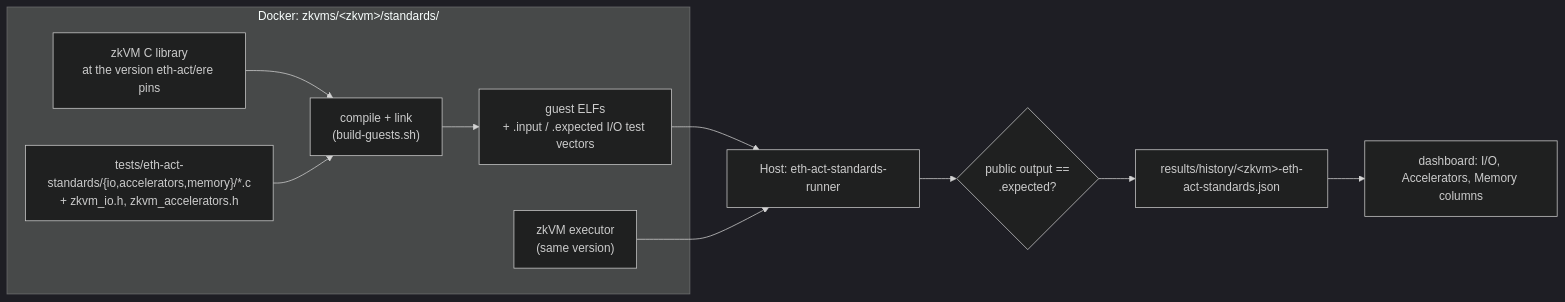
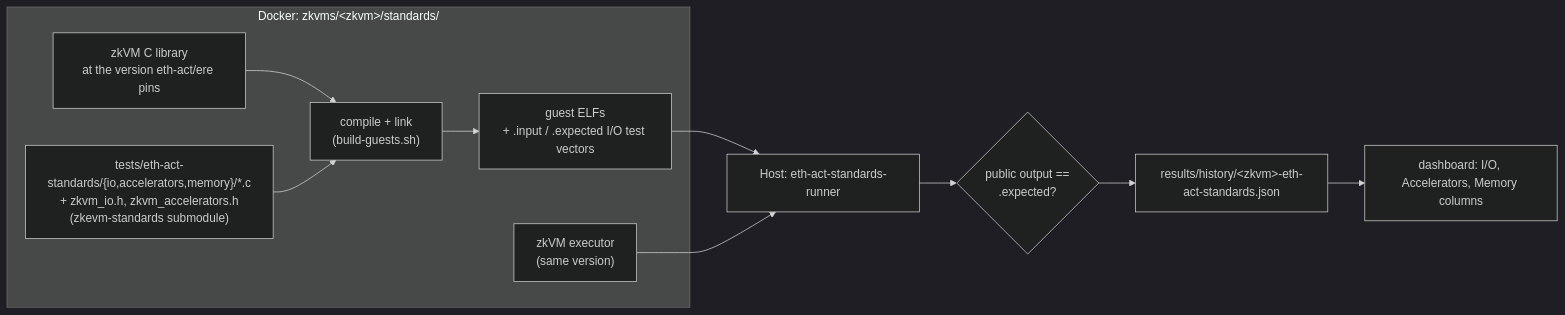
The second of 2 diagrams in README.md (eth-act/zkevm-test-monitor), drawn with Mermaid (dark theme) before and after one commit. The commit also changed 8 other files, not shown here.

First line of the commit message:
eth-act standards tests: take the standard headers from a zkevm-standards submodule

````diff
--- a/README.md
+++ b/README.md
@@ -46,14 +46,14 @@
 ```mermaid
 flowchart LR
     subgraph docker["Docker: zkvms/&lt;zkvm&gt;/standards/"]
         vendor["zkVM C library<br/>at the version eth-act/ere pins"] --> link["compile + link<br/>(build-guests.sh)"]
-        src["tests/eth-act-standards/{io,accelerators,memory}/*.c<br/>+ zkvm_io.h, zkvm_accelerators.h"] --> link
+        src["tests/eth-act-standards/{io,accelerators,memory}/*.c<br/>+ zkvm_io.h, zkvm_accelerators.h<br/>(zkevm-standards submodule)"] --> link
         link --> elfs["guest ELFs<br/>+ .input / .expected I/O test vectors"]
         exe["zkVM executor<br/>(same version)"]
     end
     elfs --> runner["Host: eth-act-standards-runner"]
     exe --> runner
     runner --> verdict{"public output ==<br/>.expected?"}
     verdict --> hist["results/history/&lt;zkvm&gt;-eth-act-standards.json"]
     hist --> dash["dashboard: I/O, Accelerators, Memory columns"]
 ```
````
